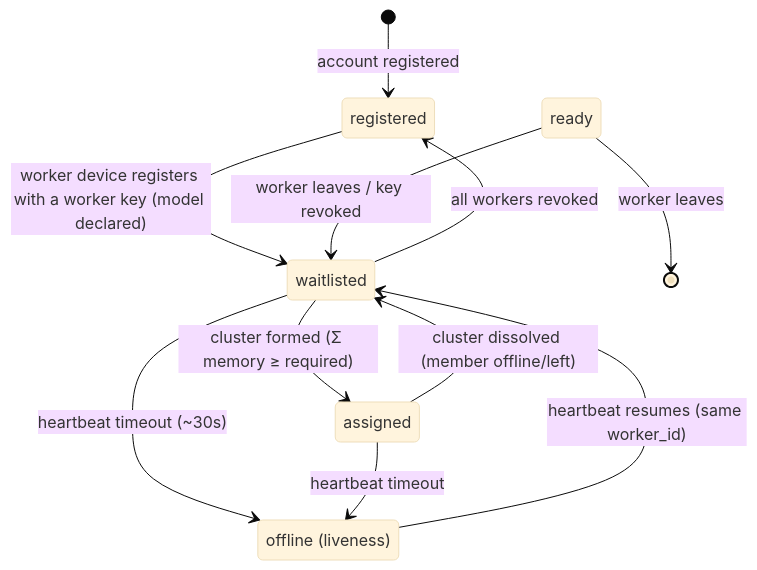
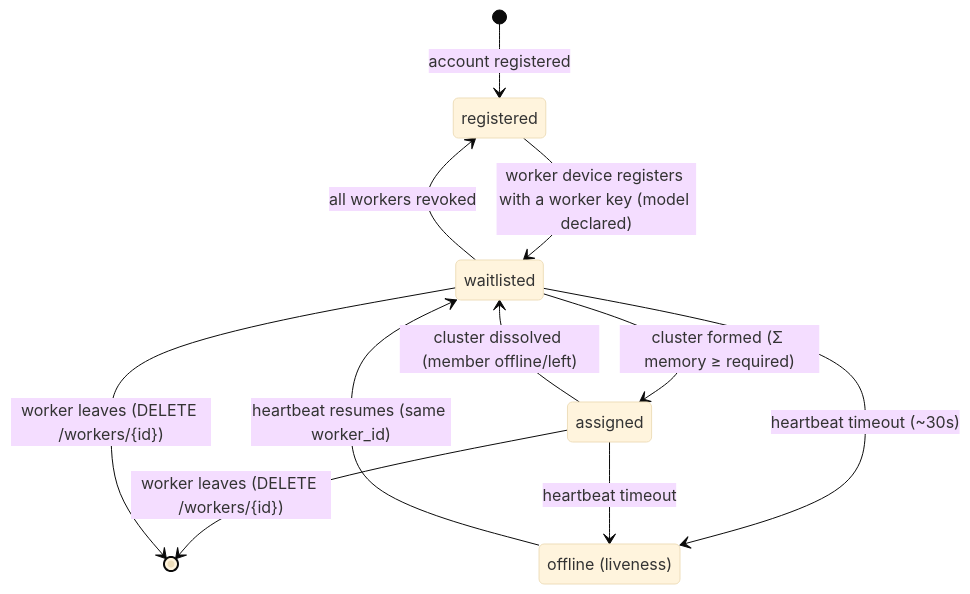
Before and after one commit to ygboucherk/prima-pool-server: the diagram in docs/protocol/overview.md, drawn with Mermaid (base theme). The commit also changed other lines of this file and 4 other files, not shown here.

````diff
--- a/docs/protocol/overview.md
+++ b/docs/protocol/overview.md
@@ -68,15 +51,15 @@
 ```mermaid
 stateDiagram-v2
     [*] --> registered: account registered
     registered --> waitlisted: worker device registers with a worker key (model declared)
     waitlisted --> assigned: cluster formed (Σ memory ≥ required)
     assigned --> waitlisted: cluster dissolved (member offline/left)
-    ready --> waitlisted: worker leaves / key revoked
     waitlisted --> registered: all workers revoked
-    ready --> [*]: worker leaves
+    assigned --> [*]: worker leaves (DELETE /workers/{id})
+    waitlisted --> [*]: worker leaves (DELETE /workers/{id})
 
     state "offline (liveness)" as offline
     waitlisted --> offline: heartbeat timeout (~30s)
     offline --> waitlisted: heartbeat resumes (same worker_id)
     assigned --> offline: heartbeat timeout
 ```
````
